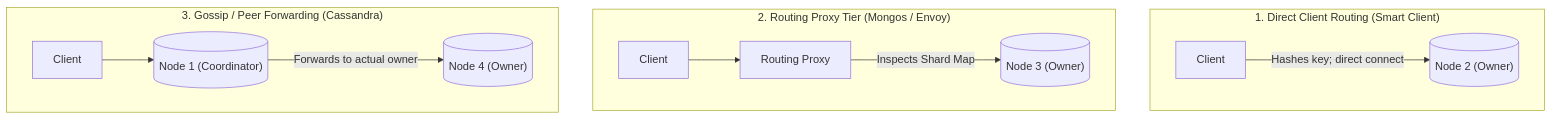
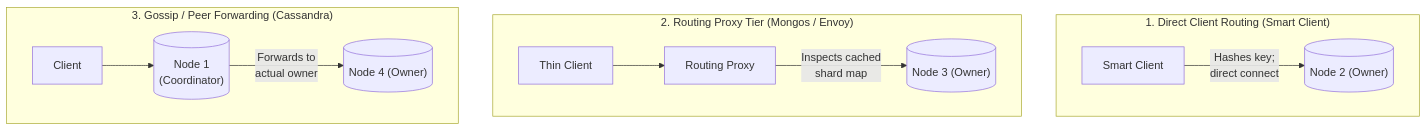
The seventh of 10 diagrams in 01 Designing Data-Intensive Applications/chapter-07-sharding.md (1mimhe/books-summery), drawn with Mermaid before and after one commit. The commit also changed other lines of this file and 1 other file, not shown here.

````diff
--- a/01 Designing Data-Intensive Applications/chapter-07-sharding.md
+++ b/01 Designing Data-Intensive Applications/chapter-07-sharding.md
@@ -373,16 +351,16 @@
 ```mermaid
 flowchart TD
   subgraph S1["1. Direct Client Routing (Smart Client)"]
-    C1["Client"] -->|"Hashes key; direct connect"| T1[("Node 2 (Owner)")]
+    C1["Smart Client"] -->|"Hashes key;<br/>direct connect"| T1[("Node 2 (Owner)")]
   end
 
   subgraph S2["2. Routing Proxy Tier (Mongos / Envoy)"]
-    C2["Client"] --> P["Routing Proxy"]
-    P -->|"Inspects Shard Map"| T2[("Node 3 (Owner)")]
+    C2["Thin Client"] --> P["Routing Proxy"]
+    P -->|"Inspects cached<br/>shard map"| T2[("Node 3 (Owner)")]
   end
 
   subgraph S3["3. Gossip / Peer Forwarding (Cassandra)"]
-    C3["Client"] --> N_ANY[("Node 1 (Coordinator)")]
-    N_ANY -->|"Forwards to actual owner"| T3[("Node 4 (Owner)")]
+    C3["Client"] --> N_ANY[("Node 1<br/>(Coordinator)")]
+    N_ANY -->|"Forwards to<br/>actual owner"| T3[("Node 4 (Owner)")]
   end
 ```
````
